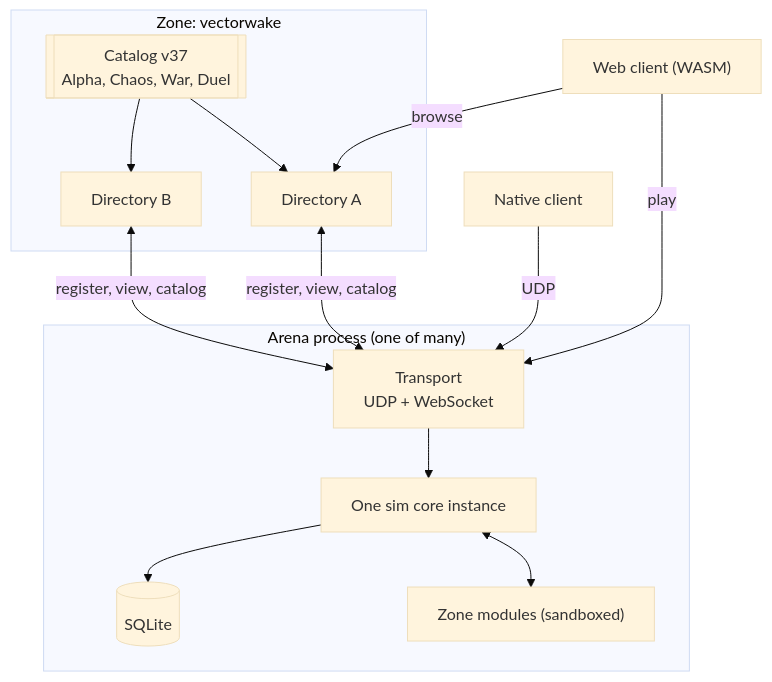
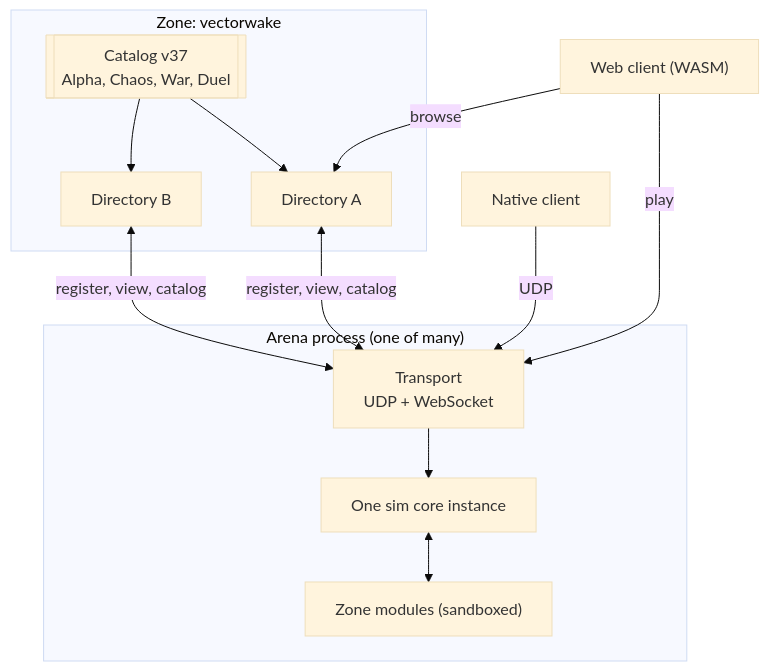
Before and after one commit to criccomini/vectorwake: the second of 2 diagrams in docs/architecture/system-overview.md, drawn with Mermaid (base theme). The commit also changed other lines of this file and 3 other files, not shown here.

````diff
--- a/docs/architecture/system-overview.md
+++ b/docs/architecture/system-overview.md
@@ -82,23 +83,21 @@
 ```mermaid
 flowchart TB
     subgraph Zone["Zone: vectorwake"]
         CAT[["Catalog v37<br/>Alpha, Chaos, War, Duel"]]
         D1["Directory A"]
         D2["Directory B"]
         CAT --> D1 & D2
     end
     subgraph Arena["Arena process (one of many)"]
         NET["Transport<br/>UDP + WebSocket"]
         SIM["One sim core instance"]
         MOD["Zone modules (sandboxed)"]
-        DB[("SQLite")]
         NET --> SIM
         SIM <--> MOD
-        SIM --> DB
     end
     D1 <-- "register, view, catalog" --> NET
     D2 <-- "register, view, catalog" --> NET
     W["Web client (WASM)"] -- browse --> D1
     W -- play --> NET
     N["Native client"] -- UDP --> NET
 ```
````
